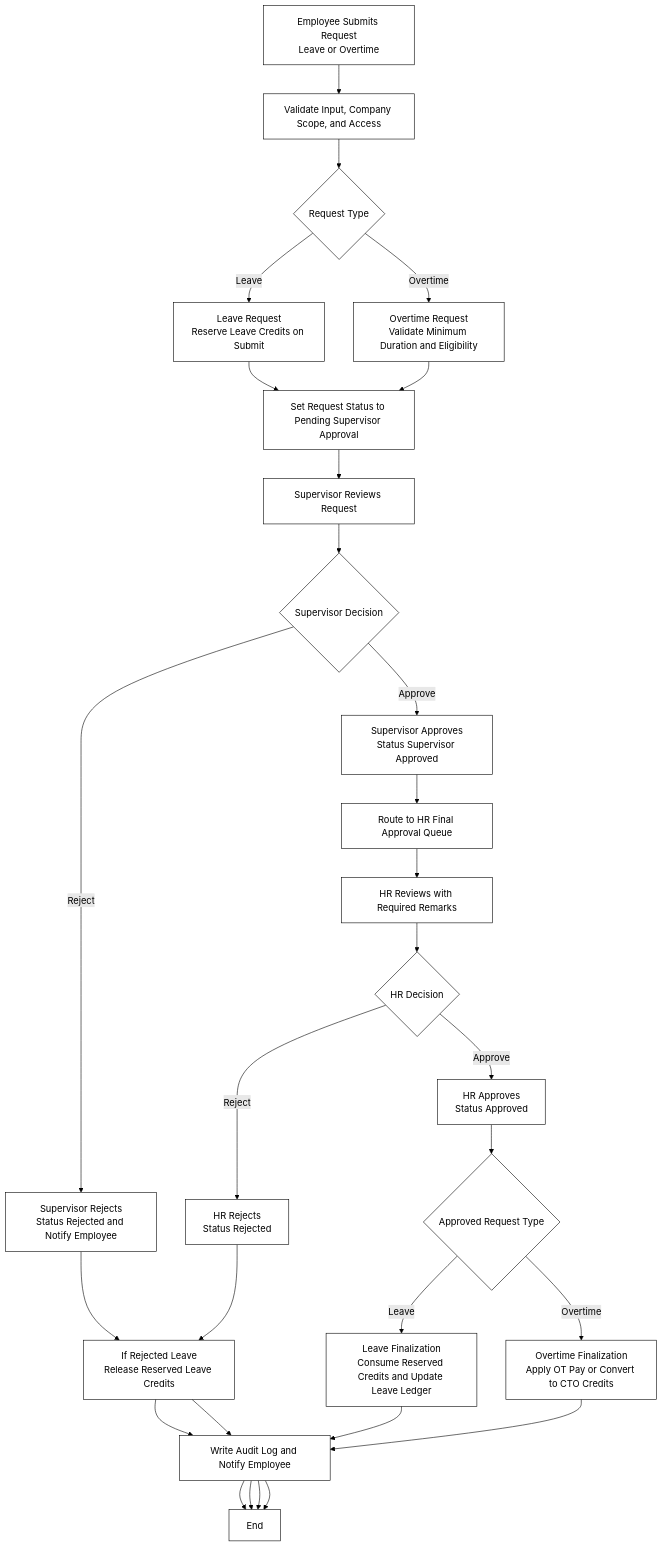
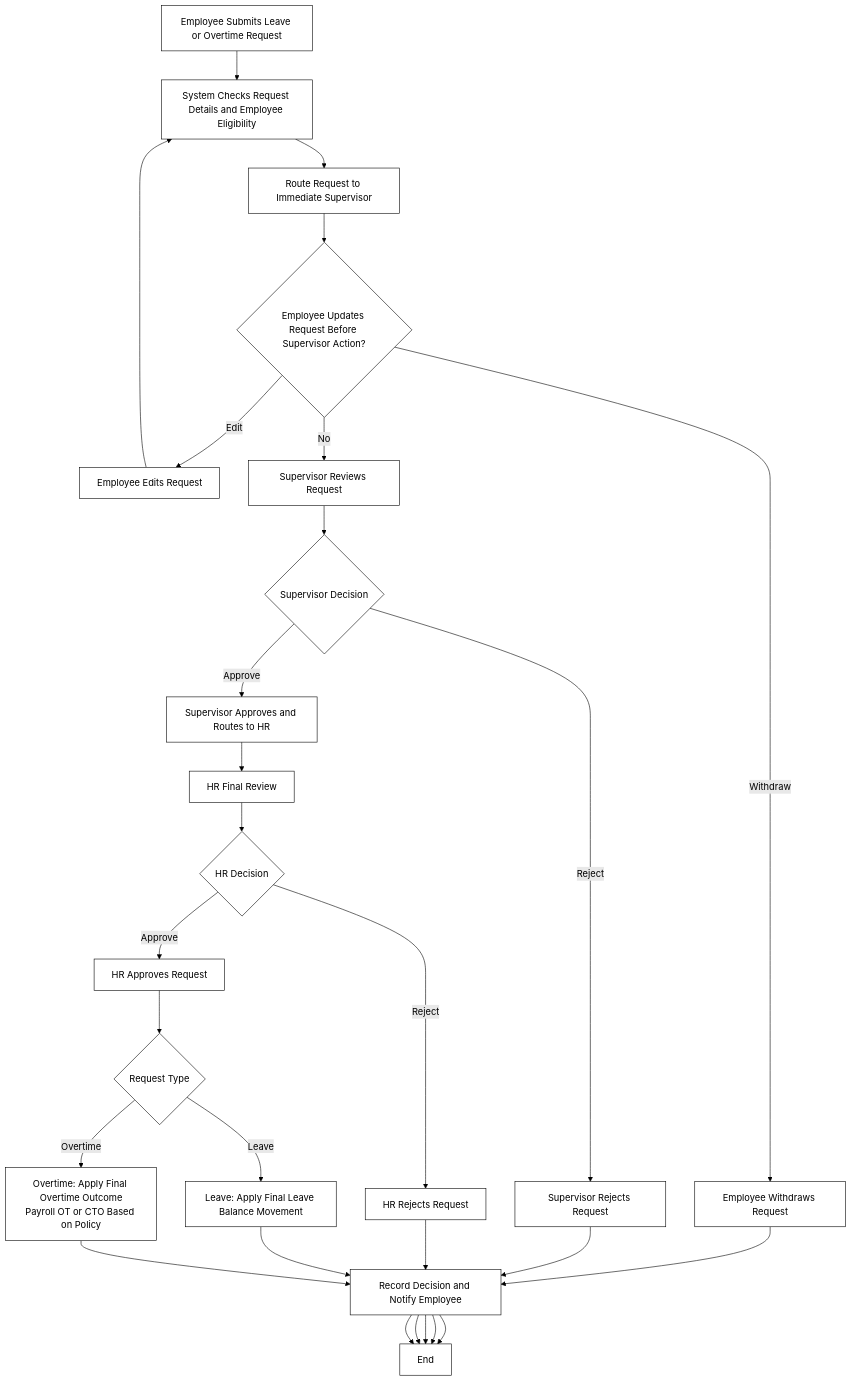
The diagram in docs/flowcharts/leave-overtime-approval-flow.mmd (patwikx/rdrdc-final-payroll), drawn with Mermaid (forest theme) before and after one commit. The commit also changed 20 other files, not shown here.

Commit message:
feat(attendance): add biometric device sync workspace and enrollment session flow

```diff
--- a/docs/flowcharts/leave-overtime-approval-flow.mmd
+++ b/docs/flowcharts/leave-overtime-approval-flow.mmd
@@ -1,43 +1,33 @@
 flowchart TD
-  A[Employee Submits Request<br/>Leave or Overtime]
-  B[Validate Input, Company Scope, and Access]
-  C{Request Type}
-
-  D[Leave Request<br/>Reserve Leave Credits on Submit]
-  E[Overtime Request<br/>Validate Minimum Duration and Eligibility]
-
-  F[Set Request Status to Pending Supervisor Approval]
+  A[Employee Submits Leave or Overtime Request]
+  B[System Checks Request Details and Employee Eligibility]
+  C[Route Request to Immediate Supervisor]
+  D{Employee Updates Request Before Supervisor Action?}
+  E[Employee Edits Request]
+  F[Employee Withdraws Request]
   G[Supervisor Reviews Request]
   H{Supervisor Decision}
-  I[Supervisor Rejects<br/>Status Rejected and Notify Employee]
-  J[Supervisor Approves<br/>Status Supervisor Approved]
+  I[Supervisor Rejects Request]
+  J[Supervisor Approves and Routes to HR]
+  K[HR Final Review]
+  L{HR Decision}
+  M[HR Rejects Request]
+  N[HR Approves Request]
+  O{Request Type}
+  P[Leave: Apply Final Leave Balance Movement]
+  Q[Overtime: Apply Final Overtime Outcome<br/>Payroll OT or CTO Based on Policy]
+  R[Record Decision and Notify Employee]
+  S[End]
 
-  K[Route to HR Final Approval Queue]
-  L[HR Reviews with Required Remarks]
-  M{HR Decision}
-
-  N[HR Rejects<br/>Status Rejected]
-  O[HR Approves<br/>Status Approved]
-
-  P{Approved Request Type}
-  Q[Leave Finalization<br/>Consume Reserved Credits and Update Leave Ledger]
-  R[Overtime Finalization<br/>Apply OT Pay or Convert to CTO Credits]
-
-  S[If Rejected Leave<br/>Release Reserved Leave Credits]
-  T[Write Audit Log and Notify Employee]
-  U[End]
-
-  A --> B --> C
-  C -- Leave --> D --> F
-  C -- Overtime --> E --> F
-
-  F --> G --> H
-  H -- Reject --> I --> S --> T --> U
-  H -- Approve --> J --> K --> L --> M
-
-  M -- Reject --> N --> S --> T --> U
-  M -- Approve --> O --> P
-  P -- Leave --> Q --> T --> U
-  P -- Overtime --> R --> T --> U
+  A --> B --> C --> D
+  D -- Edit --> E --> B
+  D -- Withdraw --> F --> R --> S
+  D -- No --> G --> H
+  H -- Reject --> I --> R --> S
+  H -- Approve --> J --> K --> L
+  L -- Reject --> M --> R --> S
+  L -- Approve --> N --> O
+  O -- Leave --> P --> R --> S
+  O -- Overtime --> Q --> R --> S
 
   classDef default fill:#ffffff,stroke:#000000,color:#000000;
```
